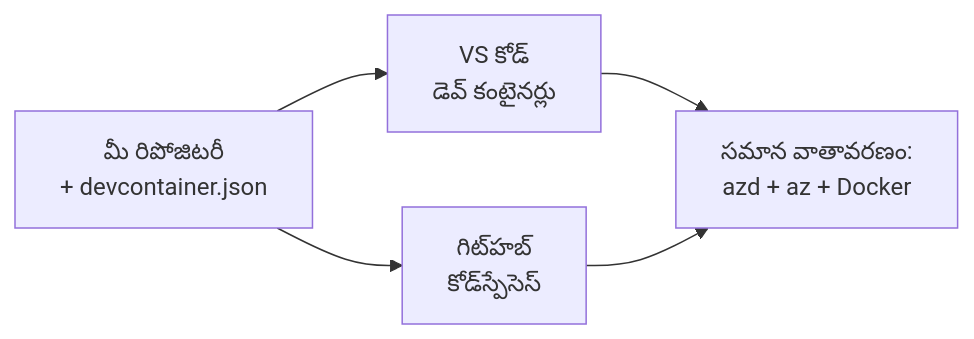
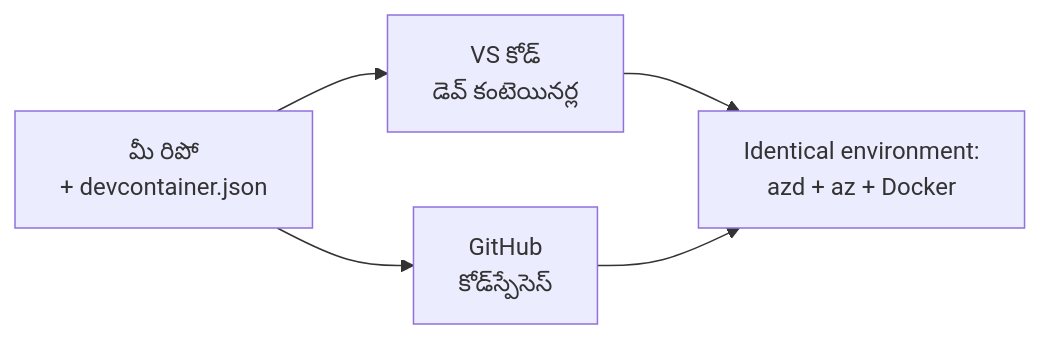
One commit to microsoft/AZD-for-beginners changed the diagram in translations/te/docs/chapter-01-foundation/dev-containers.md. Above: the diagram before and after it, drawn with Mermaid. The commit also changed other lines of this file and 59 other files, not shown here.

````diff
--- a/translations/te/docs/chapter-01-foundation/dev-containers.md
+++ b/translations/te/docs/chapter-01-foundation/dev-containers.md
@@ -40,7 +41,7 @@
 ```mermaid
 graph LR
-    Repo[మీ రిపోజిటరీ<br/>+ devcontainer.json] --> VSCode[VS కోడ్<br/>డెవ్ కంటైనర్లు]
-    Repo --> Codespaces[గిట్‌హబ్<br/>కోడ్‌స్పేసెస్]
-    VSCode --> Env[సమాన వాతావరణం:<br/>azd + az + Docker]
+    Repo[మీ రిపో<br/>+ devcontainer.json] --> VSCode[VS కోడ్<br/>డెవ్ కంటెయినర్ల]
+    Repo --> Codespaces[GitHub<br/>కోడ్‌స్పేసెస్]
+    VSCode --> Env[Identical environment:<br/>azd + az + Docker]
     Codespaces --> Env
 ```
````
